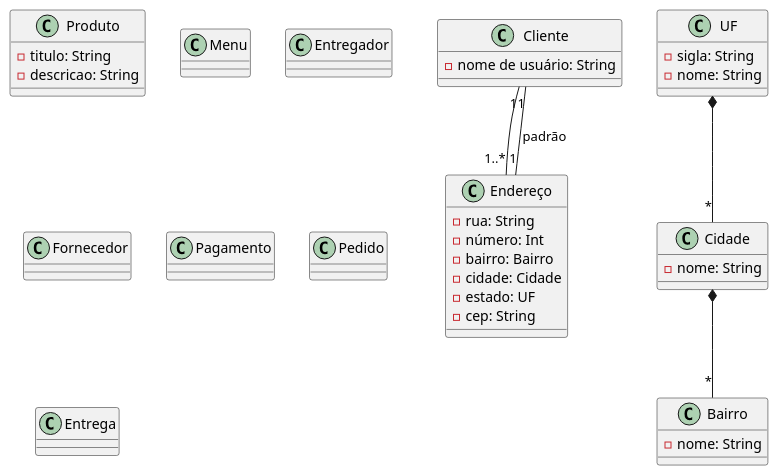
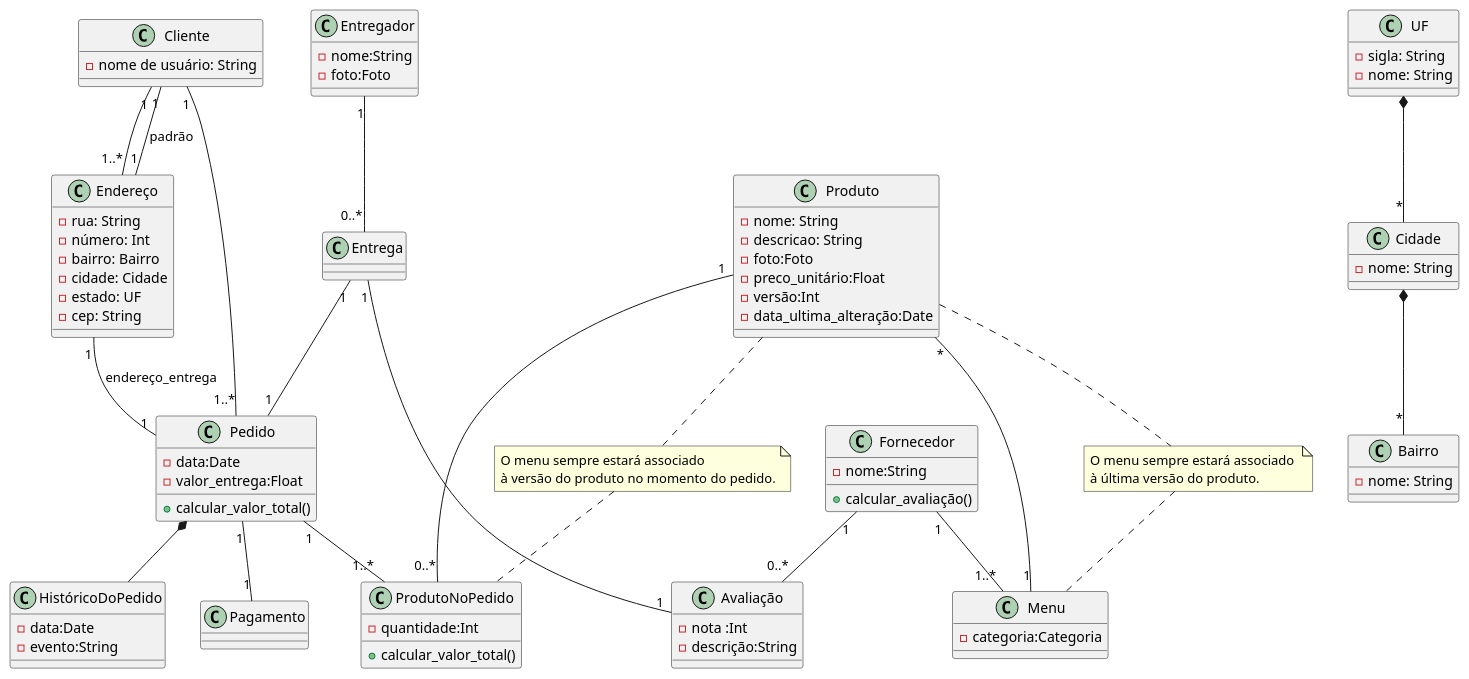
One commit to professortavares/techshot_python_enacom changed the diagram in docs/diagramas_classe/classes_principais.wsd. Above: the diagram before and after it, drawn with PlantUML. The commit also changed 1 other file, not shown here.

Commit message:
Atualiação do diagrama

```diff
--- a/docs/diagramas_classe/classes_principais.wsd
+++ b/docs/diagramas_classe/classes_principais.wsd
@@ -1,51 +1,107 @@
-@startuml diagramaEnaFood
+@startuml
 class Produto{
-    - titulo: String
+    - nome: String
     - descricao: String
+    - foto:Foto
+    - preco_unitário:Float
+    - versão:Int
+    - data_ultima_alteração:Date
+
 }
 
 class Cliente{
     - nome de usuário: String
 }
 
 class Endereço {
     - rua: String
     - número: Int
     - bairro: Bairro
     - cidade: Cidade
     - estado: UF
     - cep: String
 }
 
 class UF {
     - sigla: String
     - nome: String
 }
 
 class Cidade{
     - nome: String
 }
 
 class Bairro {
     - nome: String
 }
 
-class Menu{}
+class Menu{
+  - categoria:Categoria
+}
 
-class Entregador{}
+class Entregador{
+  - nome:String
+  - foto:Foto
+}
 
-class Fornecedor{}
+class Fornecedor{
+  - nome:String
+  + calcular_avaliação()
+}
 
 
 class Pagamento{}
 
-class Pedido{}
+class Pedido{
+  - data:Date
+  - valor_entrega:Float
+  + calcular_valor_total()
 
-class Entrega{}
+}
+
+class HistóricoDoPedido {
+  - data:Date
+  - evento:String
+}
+
+class Entrega{
+
+}
+
+class ProdutoNoPedido {
+  - quantidade:Int
+
+  + calcular_valor_total()
+  
+}
+
+class Avaliação {
+  - nota :Int
+  - descrição:String
+}
 
 UF *-- "*" Cidade 
 Cidade *-- "*" Bairro
 Cliente "1" -- "1..*" Endereço
 Cliente "1" -- "1" Endereço : padrão
+Produto "1" -- "0..*" ProdutoNoPedido
+Pedido "1" -- "1..*" ProdutoNoPedido
+Cliente "1" -- "1..*" Pedido
+Entrega "1" -- "1" Pedido
+Endereço "1" -- "1" Pedido: endereço_entrega
+Entregador "1" -- "0..*" Entrega
+Pedido "1" -- "1" Pagamento
+Menu  "1" -- "*" Produto
+Fornecedor "1" -- "1..*" Menu
+Entrega "1" -- "1" Avaliação
+Fornecedor "1" -- "0..*" Avaliação
+Pedido *-- HistóricoDoPedido
 
+note "O menu sempre estará associado \nà última versão do produto." as N1
+Produto .. N1
+N1 .. Menu
+
+note "O menu sempre estará associado \nà versão do produto no momento do pedido." as N2
+Produto .. N2
+N2 .. ProdutoNoPedido
 @enduml
```
